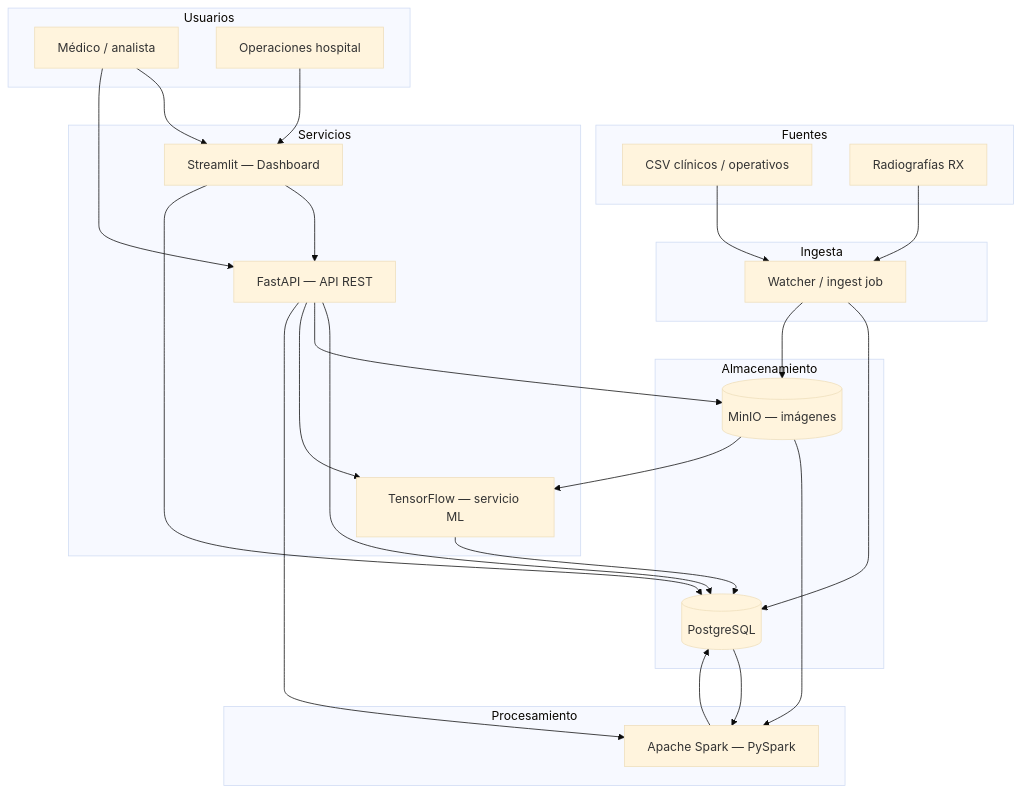
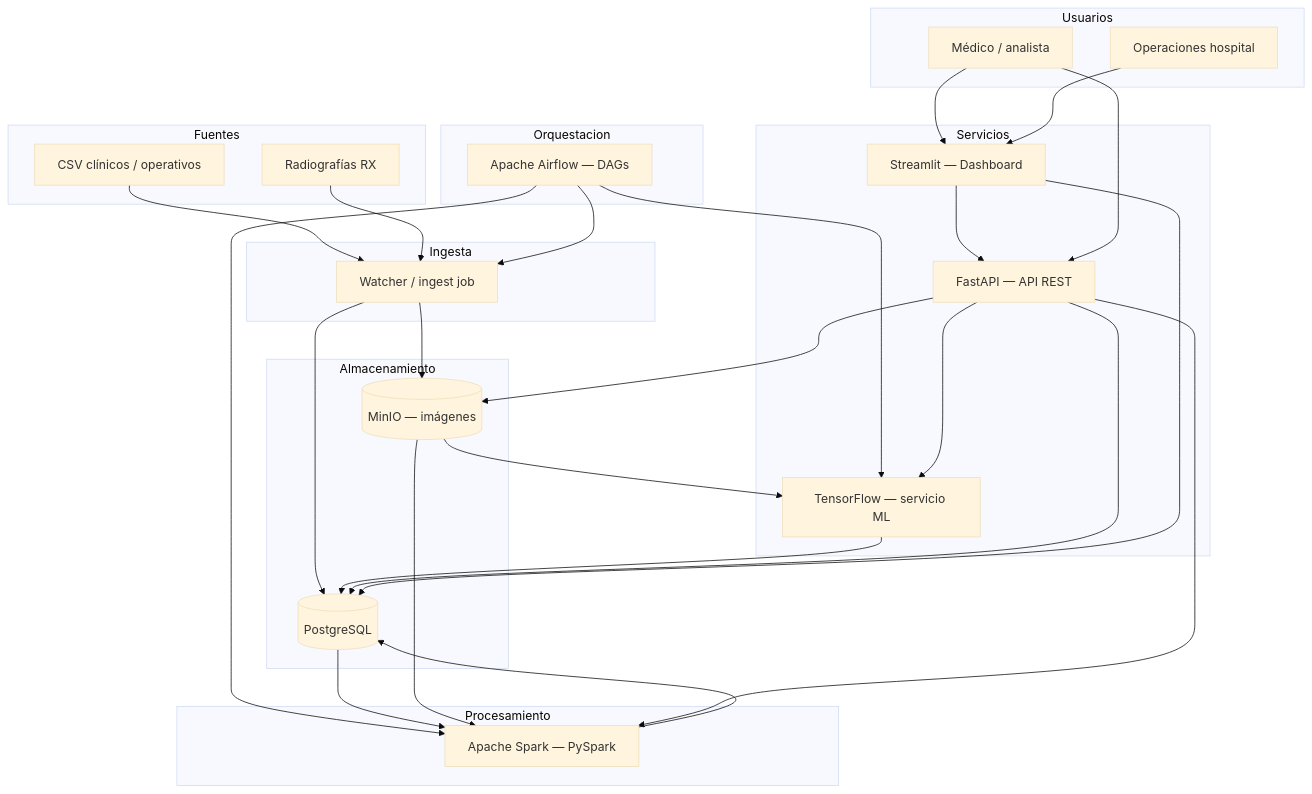
Before and after one commit to yagoalonsodev/salle-hospital: the diagram in docs/architecture.md, drawn with Mermaid (base theme). The commit also changed other lines of this file and 16 other files, not shown here.

First line of the commit message:
infra: stack completo con Airflow, Apache Spark y servicios de aplicación.

````diff
--- a/docs/architecture.md
+++ b/docs/architecture.md
@@ -45,51 +59,58 @@
 ```mermaid
 flowchart TB
     subgraph Fuentes
         CSV[CSV clínicos / operativos]
         RX[Radiografías RX]
     end
 
     subgraph Ingesta
         WATCH[Watcher / ingest job]
     end
 
     subgraph Almacenamiento
         PG[(PostgreSQL)]
         MINIO[(MinIO — imágenes)]
     end
 
+    subgraph Orquestacion
+        AIRFLOW[Apache Airflow — DAGs]
+    end
+
     subgraph Procesamiento
         SPARK[Apache Spark — PySpark]
     end
 
     subgraph Servicios
         API[FastAPI — API REST]
         ML[TensorFlow — servicio ML]
         DASH[Streamlit — Dashboard]
     end
 
     CSV --> WATCH
     RX --> WATCH
     WATCH --> PG
     WATCH --> MINIO
+    AIRFLOW --> WATCH
+    AIRFLOW --> SPARK
     PG --> SPARK
     MINIO --> SPARK
     SPARK --> PG
+    AIRFLOW --> ML
     MINIO --> ML
     ML --> PG
     API --> PG
     API --> MINIO
     API --> ML
     API --> SPARK
     DASH --> API
     DASH --> PG
 
     subgraph Usuarios
         MED[Médico / analista]
         OPS[Operaciones hospital]
     end
 
     MED --> DASH
     OPS --> DASH
     MED --> API
 ```
````
